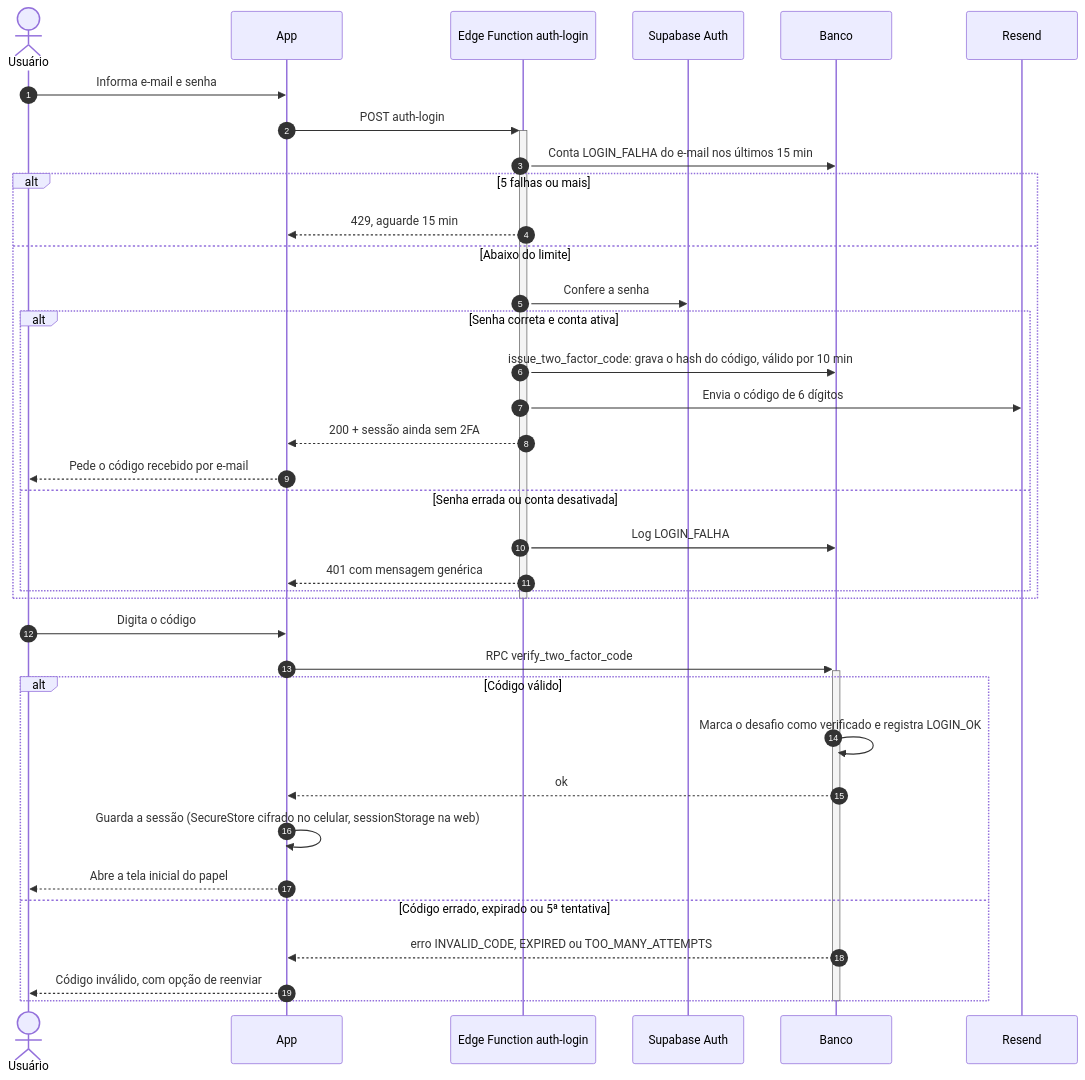
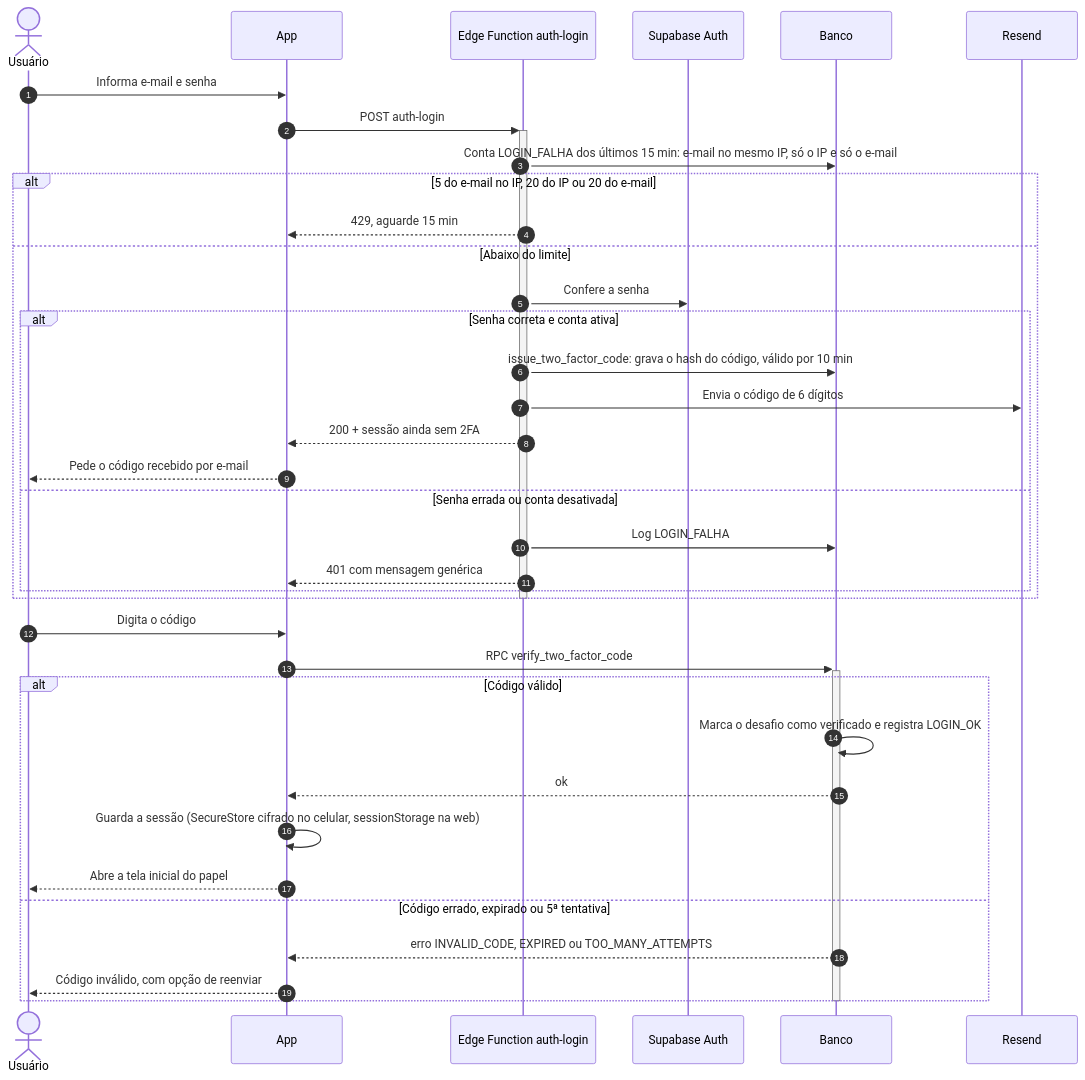
The fifth of 13 diagrams in docs/02-arquitetura.md (Matheus-Lordron/ki67), drawn with Mermaid before and after one commit. The commit also changed other lines of this file and 2 other files, not shown here.

Commit message:
fix(auth): limite de login por IP e por e-mail + IP, com resposta igual (R-14)
- Limites a cada 15 min: 5 falhas do mesmo e-mail no mesmo IP, 20 por IP
  (folga para uma sala atrás do mesmo Wi-Fi) e 20 por e-mail de qualquer
  IP. Contar por e-mail + IP impede bloquear a conta de outra pessoa.
- Toda falha responde a mesma mensagem depois de pelo menos 1 s, mais uma
  espera que dobra a cada falha seguida (até 4 s extras): conta inexistente,
  senha errada e conta desativada ficam indistinguíveis pelo tempo.
- O IP segue a regra do log do banco (primeiro do x-forwarded-for).

````diff
--- a/docs/02-arquitetura.md
+++ b/docs/02-arquitetura.md
@@ -237,42 +237,42 @@
 ```mermaid
 sequenceDiagram
     autonumber
     actor U as Usuário
     participant App
     participant EF as Edge Function auth-login
     participant Auth as Supabase Auth
     participant DB as Banco
     participant Mail as Resend
 
     U->>App: Informa e-mail e senha
     App->>+EF: POST auth-login
-    EF->>DB: Conta LOGIN_FALHA do e-mail nos últimos 15 min
-    alt 5 falhas ou mais
+    EF->>DB: Conta LOGIN_FALHA dos últimos 15 min: e-mail no mesmo IP, só o IP e só o e-mail
+    alt 5 do e-mail no IP, 20 do IP ou 20 do e-mail
         EF-->>App: 429, aguarde 15 min
     else Abaixo do limite
         EF->>Auth: Confere a senha
         alt Senha correta e conta ativa
             EF->>DB: issue_two_factor_code: grava o hash do código, válido por 10 min
             EF->>Mail: Envia o código de 6 dígitos
             EF-->>App: 200 + sessão ainda sem 2FA
             App-->>U: Pede o código recebido por e-mail
         else Senha errada ou conta desativada
             EF->>DB: Log LOGIN_FALHA
             EF-->>App: 401 com mensagem genérica
         end
     end
     deactivate EF
 
     U->>App: Digita o código
     App->>+DB: RPC verify_two_factor_code
     alt Código válido
         DB->>DB: Marca o desafio como verificado e registra LOGIN_OK
         DB-->>App: ok
         App->>App: Guarda a sessão (SecureStore cifrado no celular, sessionStorage na web)
         App-->>U: Abre a tela inicial do papel
     else Código errado, expirado ou 5ª tentativa
         DB-->>App: erro INVALID_CODE, EXPIRED ou TOO_MANY_ATTEMPTS
         App-->>U: Código inválido, com opção de reenviar
     end
     deactivate DB
 ```
````
